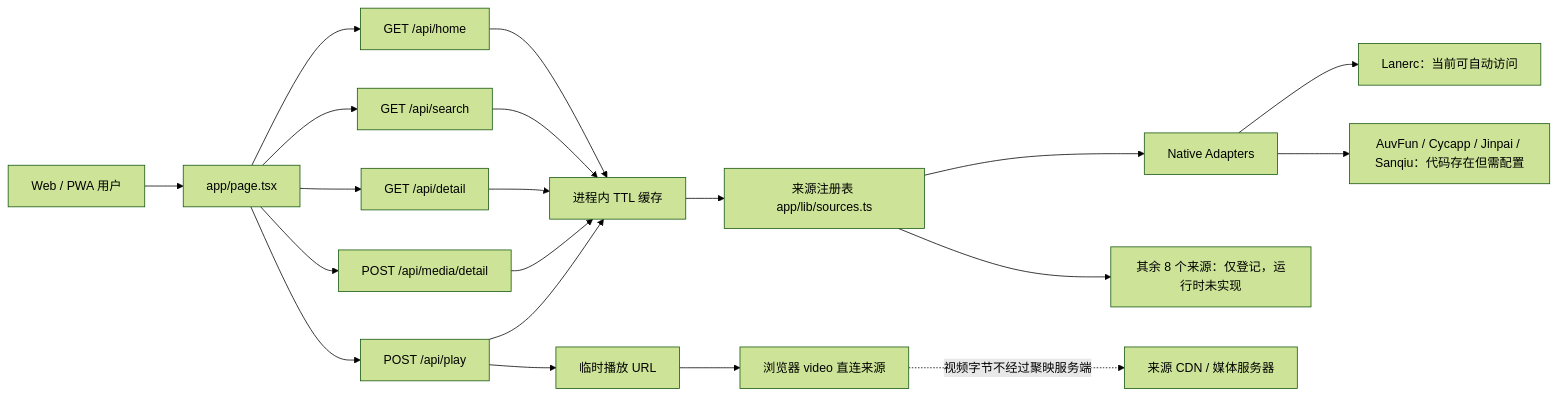
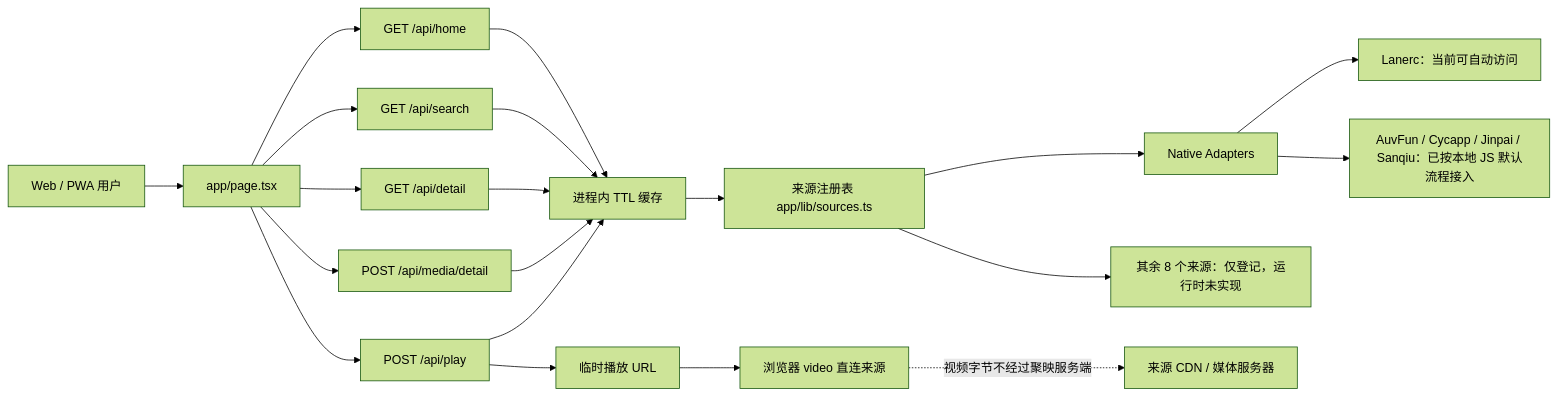
The diagram in docs/system-architecture.md (ssy20031224/juying), drawn with Mermaid (forest theme) before and after one commit. The commit also changed other lines of this file and 8 other files, not shown here.

````diff
--- a/docs/system-architecture.md
+++ b/docs/system-architecture.md
@@ -43,25 +43,25 @@
 ```mermaid
 flowchart LR
     U["Web / PWA 用户"] --> P["app/page.tsx"]
     P --> H["GET /api/home"]
     P --> S["GET /api/search"]
     P --> D["GET /api/detail"]
     P --> MD["POST /api/media/detail"]
     P --> R["POST /api/play"]
 
     H --> C["进程内 TTL 缓存"]
     S --> C
     D --> C
     MD --> C
     R --> C
 
     C --> G["来源注册表 app/lib/sources.ts"]
     G --> A["Native Adapters"]
     A --> L["Lanerc：当前可自动访问"]
-    A --> O["AuvFun / Cycapp / Jinpai / Sanqiu：代码存在但需配置"]
+    A --> O["AuvFun / Cycapp / Jinpai / Sanqiu：已按本地 JS 默认流程接入"]
     G --> N["其余 8 个来源：仅登记，运行时未实现"]
 
     R --> T["临时播放 URL"]
     T --> V["浏览器 video 直连来源"]
     V -. "视频字节不经过聚映服务端" .-> X["来源 CDN / 媒体服务器"]
 ```
````
